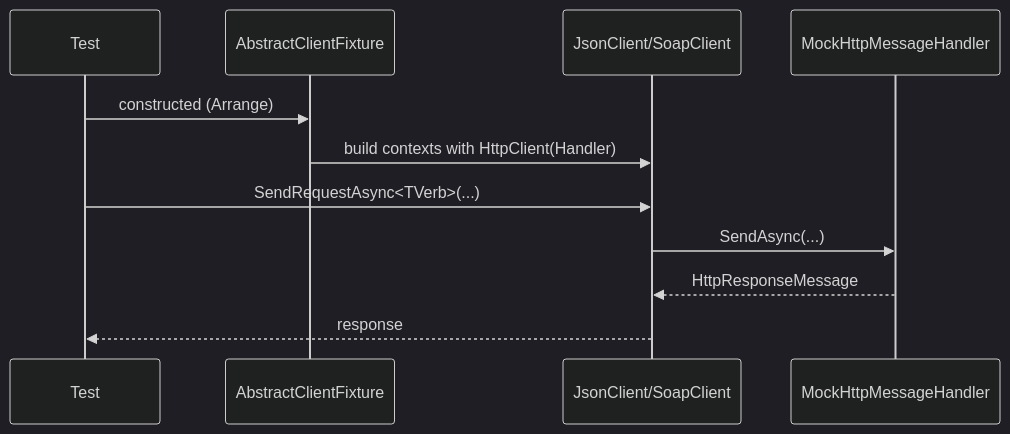
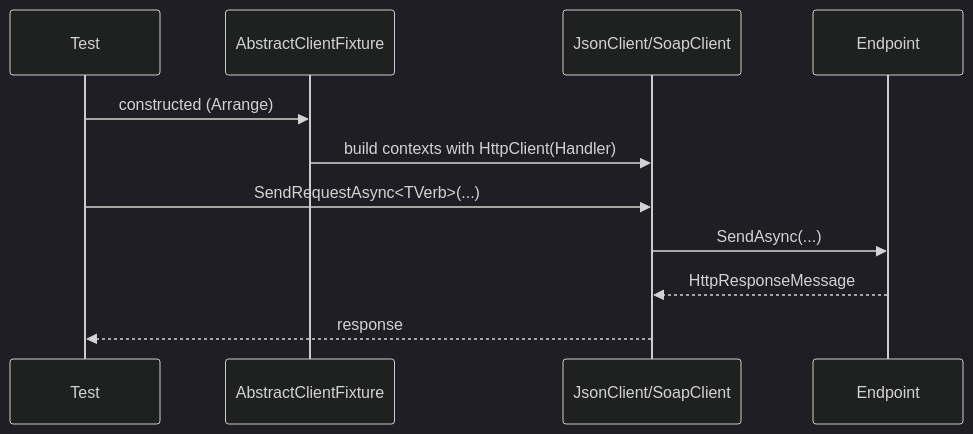
One commit to john-maurer/Maurer.XUnit.Utilities changed the third of 3 diagrams in README.md. Above: the diagram before and after it, drawn with Mermaid (dark theme).

Commit message:
fun with diagrams

````diff
--- a/README.md
+++ b/README.md
@@ -170,14 +170,14 @@
 ```mermaid
 sequenceDiagram
 participant Test
 participant Fixture as AbstractClientFixture
 participant Client as JsonClient/SoapClient
-participant Handler as MockHttpMessageHandler
+participant Handler as Endpoint
 
 Test->>Fixture: constructed (Arrange)
 Fixture->>Client: build contexts with HttpClient(Handler)
 Test->>Client: SendRequestAsync<TVerb>(...)
 Client->>Handler: SendAsync(...)
 Handler-->>Client: HttpResponseMessage
 Client-->>Test: response
 ```
````
